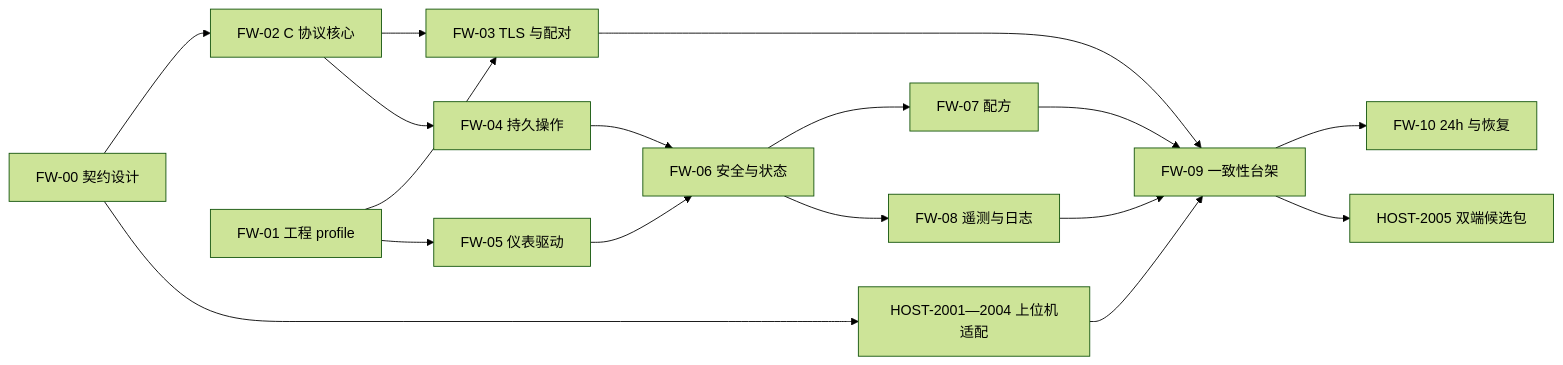
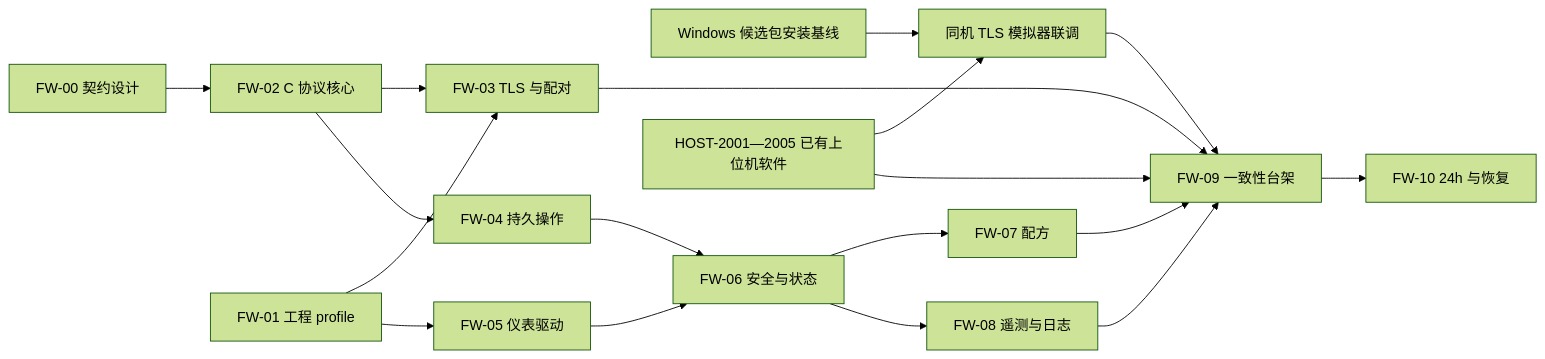
One commit to kevinalliswell/smd-web-hmi changed the diagram in docs/hostcomm/v2/firmware-plan.md. Above: the diagram before and after it, drawn with Mermaid (forest theme). The commit also changed other lines of this file and 19 other files, not shown here.

````diff
--- a/docs/hostcomm/v2/firmware-plan.md
+++ b/docs/hostcomm/v2/firmware-plan.md
@@ -62,19 +64,20 @@
 ```mermaid
 flowchart LR
+  Package[Windows 候选包安装基线] --> Sim[同机 TLS 模拟器联调]
+  Sim --> Bench[FW-09 一致性台架]
   Contract[FW-00 契约设计] --> Parser[FW-02 C 协议核心]
   Profile[FW-01 工程 profile] --> Transport[FW-03 TLS 与配对]
   Parser --> Transport
   Parser --> Durable[FW-04 持久操作]
   Profile --> Drivers[FW-05 仪表驱动]
   Durable --> State[FW-06 安全与状态]
   Drivers --> State
   State --> Recipe[FW-07 配方]
   State --> Log[FW-08 遥测与日志]
-  Contract --> Host[HOST-2001—2004 上位机适配]
+  Host[HOST-2001—2005 已有上位机软件] --> Sim
   Transport --> Bench[FW-09 一致性台架]
   Recipe --> Bench
   Log --> Bench
   Host --> Bench
   Bench --> Endurance[FW-10 24h 与恢复]
-  Bench --> Package[HOST-2005 双端候选包]
 ```
````
